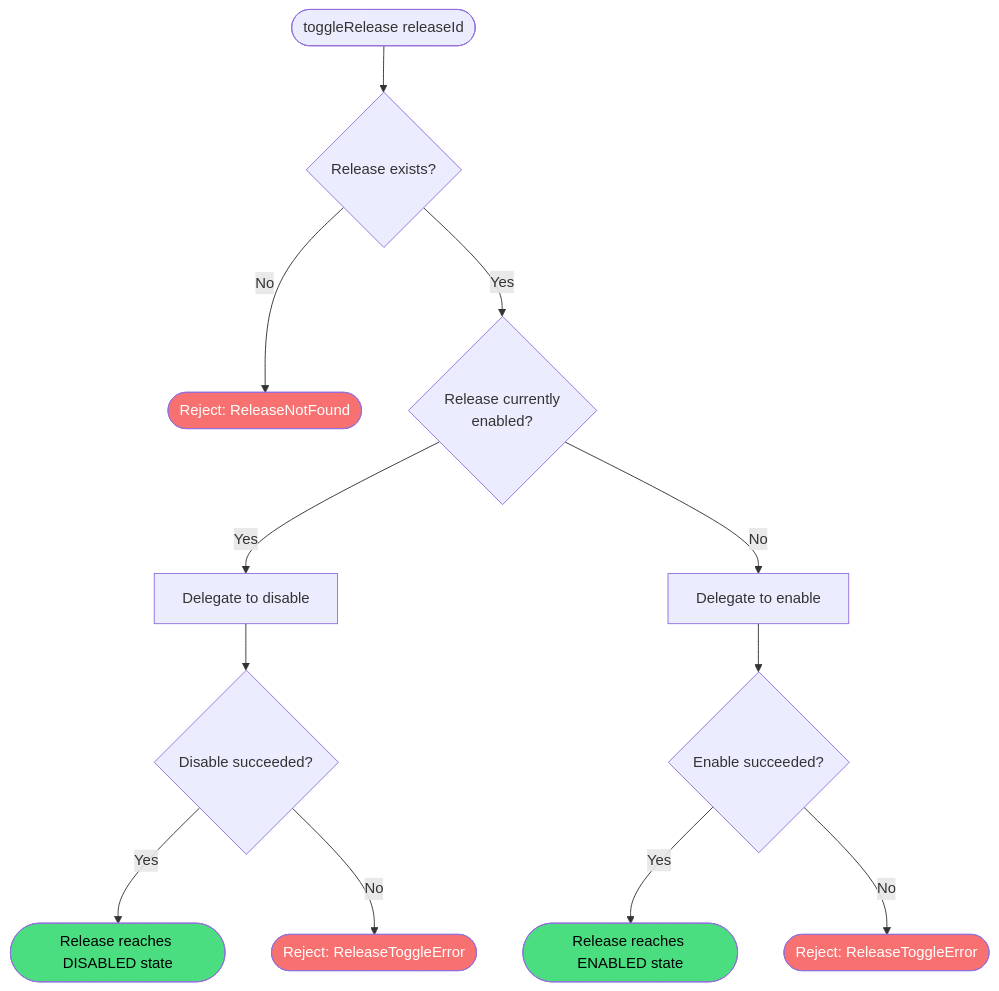
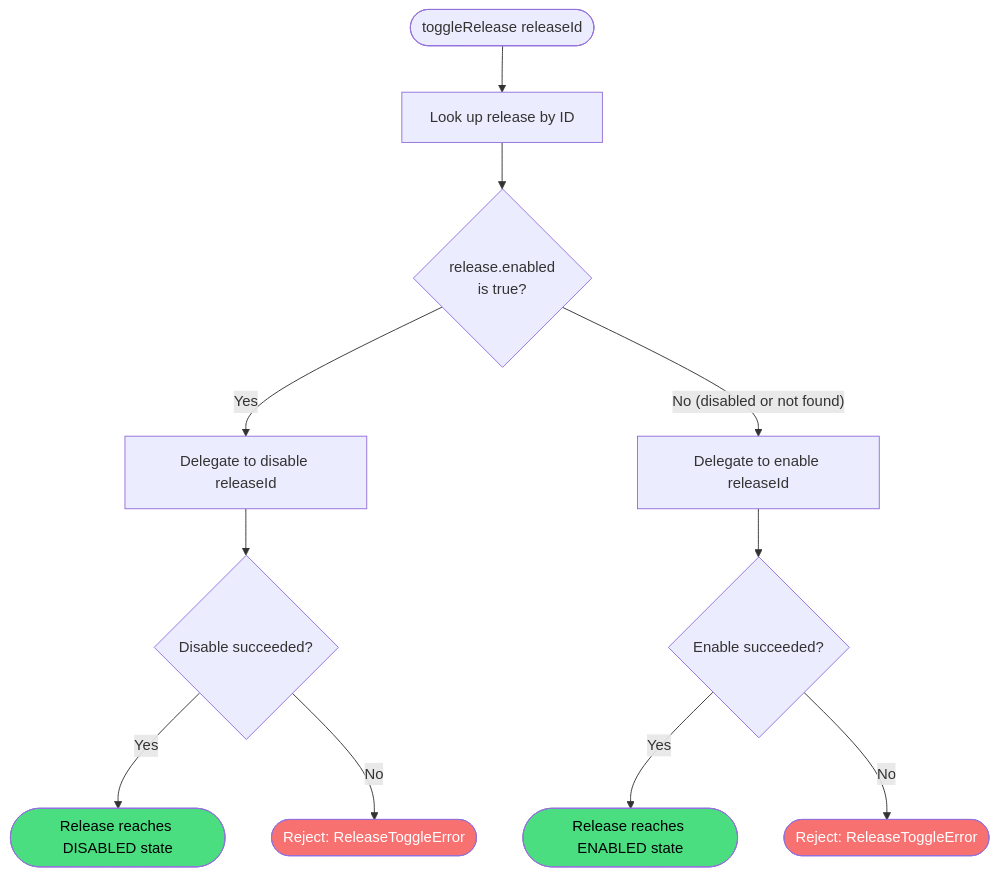
The diagram in docs/daemon/spec/toggle-release.md (flying-dice/dcs-dropzone), drawn with Mermaid before and after one commit. The commit also changed other lines of this file and 32 other files, not shown here.

First line of the commit message:
fix: address PR review — heading casing, sidebar ordering, toggle flowchart

````diff
--- a/docs/daemon/spec/toggle-release.md
+++ b/docs/daemon/spec/toggle-release.md
@@ -77,24 +77,22 @@
 ```mermaid
 flowchart TD
-    Start([toggleRelease releaseId]) --> Exists{Release exists?}
+    Start([toggleRelease releaseId]) --> Lookup[Look up release by ID]
 
-    Exists -- No --> ErrNotFound([Reject: ReleaseNotFound])
-    Exists -- Yes --> State{Release currently<br/>enabled?}
+    Lookup --> State{release.enabled<br/>is true?}
 
-    State -- Yes --> Disable[Delegate to disable]
-    State -- No --> Enable[Delegate to enable]
+    State -- Yes --> Disable[Delegate to disable releaseId]
+    State -- "No (disabled or not found)" --> Enable[Delegate to enable releaseId]
 
     Disable --> DisableOk{Disable succeeded?}
     DisableOk -- Yes --> Done([Release reaches DISABLED state])
     DisableOk -- No --> DisableErr([Reject: ReleaseToggleError])
 
     Enable --> EnableOk{Enable succeeded?}
     EnableOk -- Yes --> Done2([Release reaches ENABLED state])
     EnableOk -- No --> EnableErr([Reject: ReleaseToggleError])
 
-    style ErrNotFound fill:#f87171,color:#fff
     style DisableErr fill:#f87171,color:#fff
     style EnableErr fill:#f87171,color:#fff
     style Done fill:#4ade80,color:#000
     style Done2 fill:#4ade80,color:#000
 ```
````
